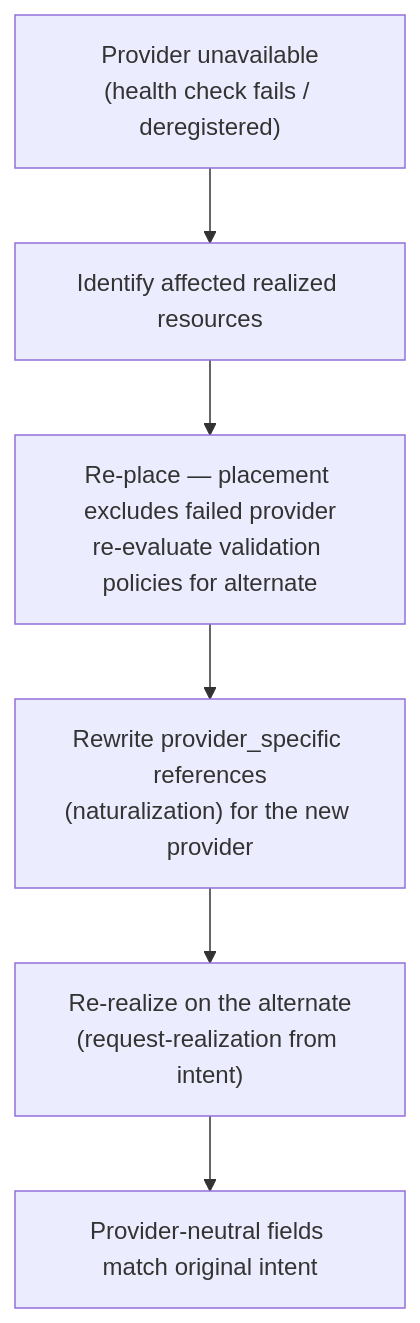
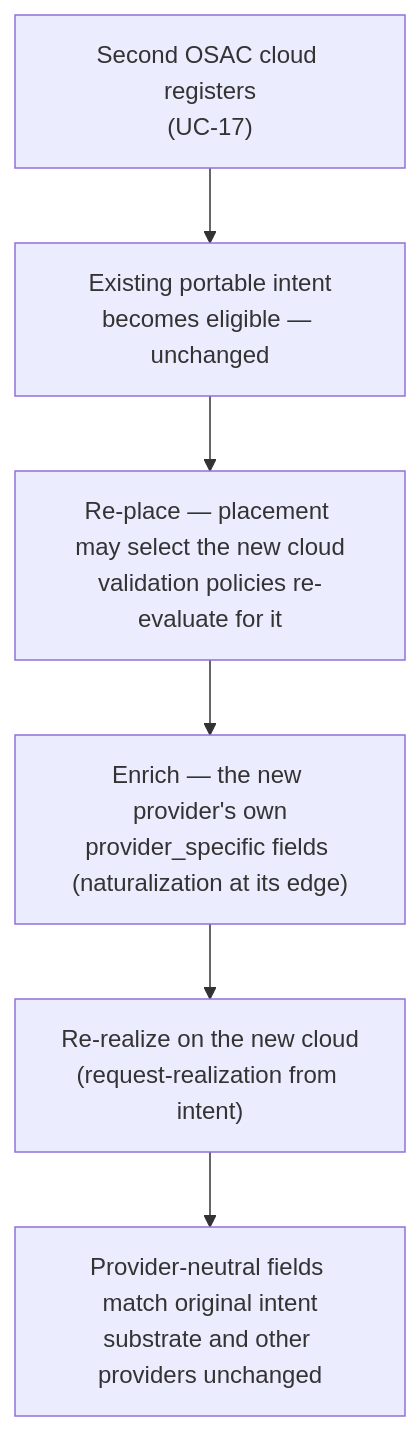
One commit to croadfeldt/udlm changed the diagram in docs/flows/uc-18-provider-portable-rebuild.md. Above: the diagram before and after it, drawn with Mermaid. The commit also changed other lines of this file and 22 other files, not shown here.

````diff
--- a/docs/flows/uc-18-provider-portable-rebuild.md
+++ b/docs/flows/uc-18-provider-portable-rebuild.md
@@ -30,8 +35,8 @@
 ```mermaid
 flowchart TD
-  F["Provider unavailable<br/>(health check fails / deregistered)"] --> A["Identify affected realized resources"]
-  A --> P["Re-place — placement excludes failed provider<br/>re-evaluate validation policies for alternate"]
-  P --> RW["Rewrite provider_specific references<br/>(naturalization) for the new provider"]
-  RW --> RR["Re-realize on the alternate<br/>(request-realization from intent)"]
-  RR --> V["Provider-neutral fields match original intent"]
+  N["Second OSAC cloud registers<br/>(UC-17)"] --> E["Existing portable intent<br/>becomes eligible — unchanged"]
+  E --> P["Re-place — placement may select the new cloud<br/>validation policies re-evaluate for it"]
+  P --> EN["Enrich — the new provider's own<br/>provider_specific fields (naturalization at its edge)"]
+  EN --> RR["Re-realize on the new cloud<br/>(request-realization from intent)"]
+  RR --> V["Provider-neutral fields match original intent<br/>substrate and other providers unchanged"]
 ```
````
